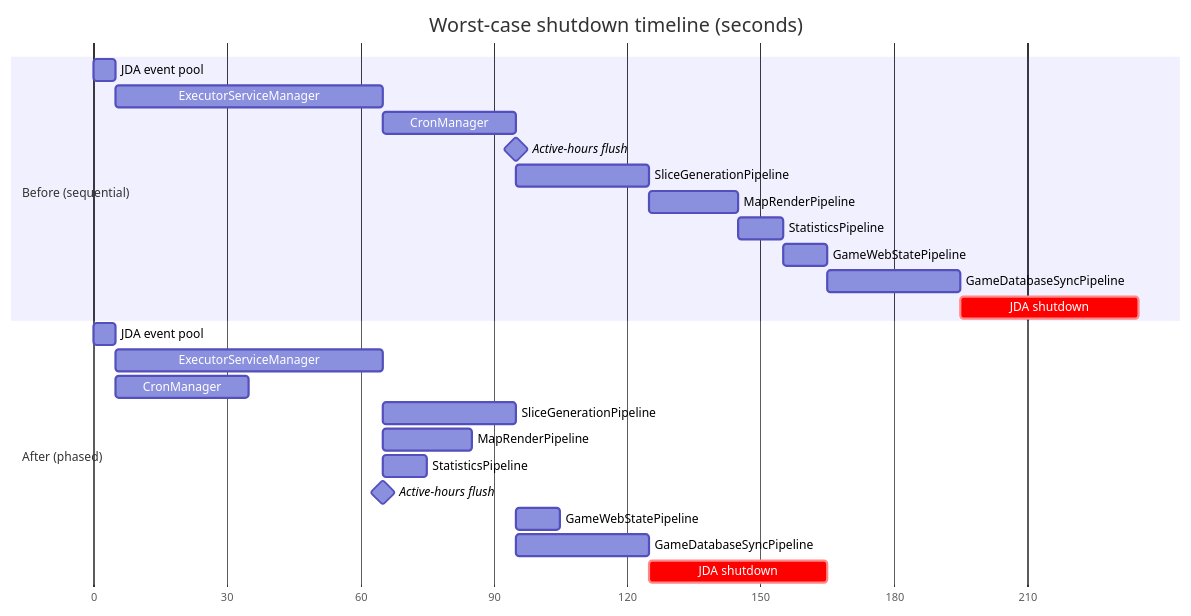
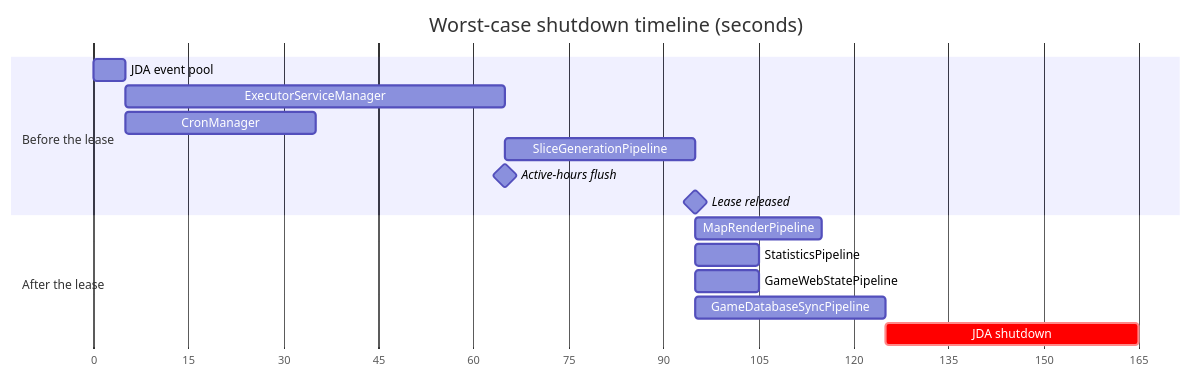
Before and after one commit to AsyncTI4/TI4_map_generator_bot: the fifth of 5 diagrams in DEPLOYMENT.md, drawn with Mermaid. The commit also changed other lines of this file and 14 other files, not shown here.

Commit message:
Release the active lease once game file writers have drained (#6130)

````diff
--- a/DEPLOYMENT.md
+++ b/DEPLOYMENT.md
@@ -219,30 +245,21 @@
 ```mermaid
 gantt
     title Worst-case shutdown timeline (seconds)
     dateFormat X
     axisFormat %s
 
-    section Before (sequential)
-    JDA event pool            :b1, 0, 5s
-    ExecutorServiceManager    :b2, after b1, 60s
-    CronManager               :b3, after b2, 30s
-    Active-hours flush        :milestone, b4, after b3, 0s
-    SliceGenerationPipeline   :b5, after b3, 30s
-    MapRenderPipeline         :b6, after b5, 20s
-    StatisticsPipeline        :b7, after b6, 10s
-    GameWebStatePipeline      :b8, after b7, 10s
-    GameDatabaseSyncPipeline  :b9, after b8, 30s
-    JDA shutdown              :crit, b10, after b9, 40s
-
-    section After (phased)
+    section Before the lease
     JDA event pool            :a1, 0, 5s
     ExecutorServiceManager    :a2, after a1, 60s
     CronManager               :a3, after a1, 30s
     SliceGenerationPipeline   :a5, after a2, 30s
-    MapRenderPipeline         :a6, after a2, 20s
-    StatisticsPipeline        :a7, after a2, 10s
     Active-hours flush        :milestone, a4, after a2, 0s
+    Lease released            :milestone, a11, after a5, 0s
+
+    section After the lease
+    MapRenderPipeline         :a6, after a5, 20s
+    StatisticsPipeline        :a7, after a5, 10s
     GameWebStatePipeline      :a8, after a5, 10s
     GameDatabaseSyncPipeline  :a9, after a5, 30s
     JDA shutdown              :crit, a10, after a9, 40s
 ```
````
